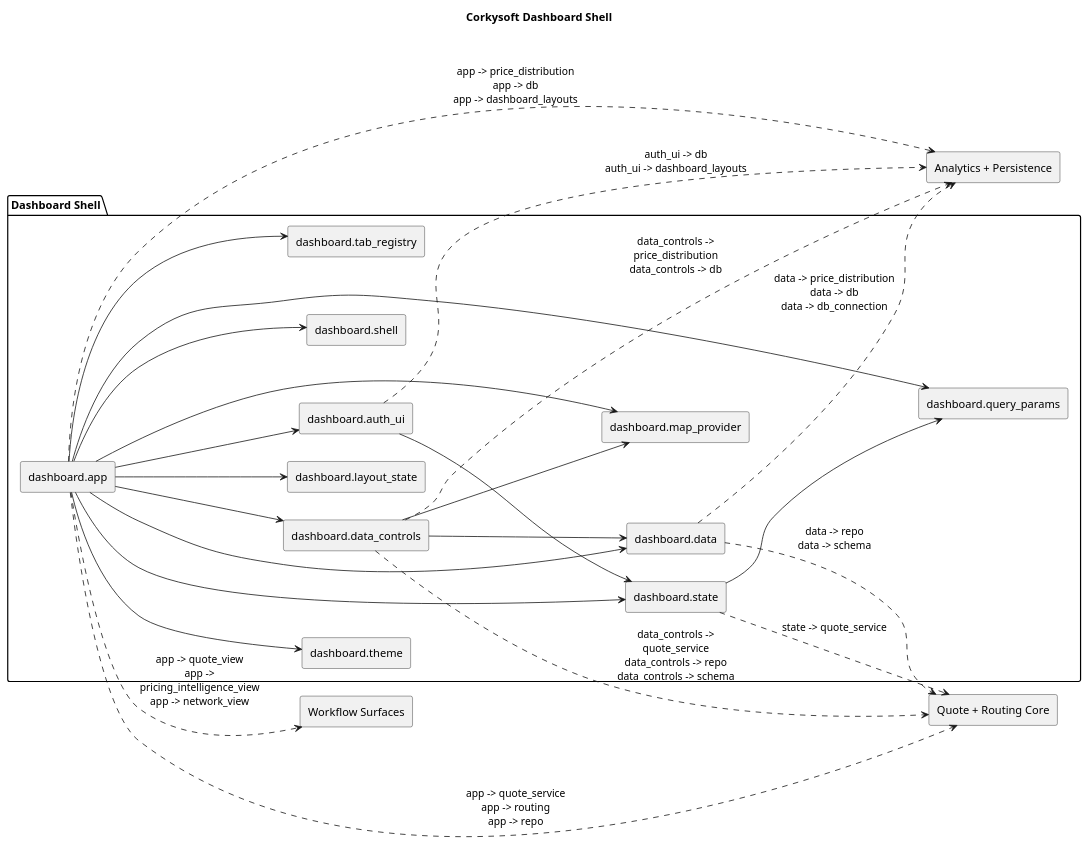
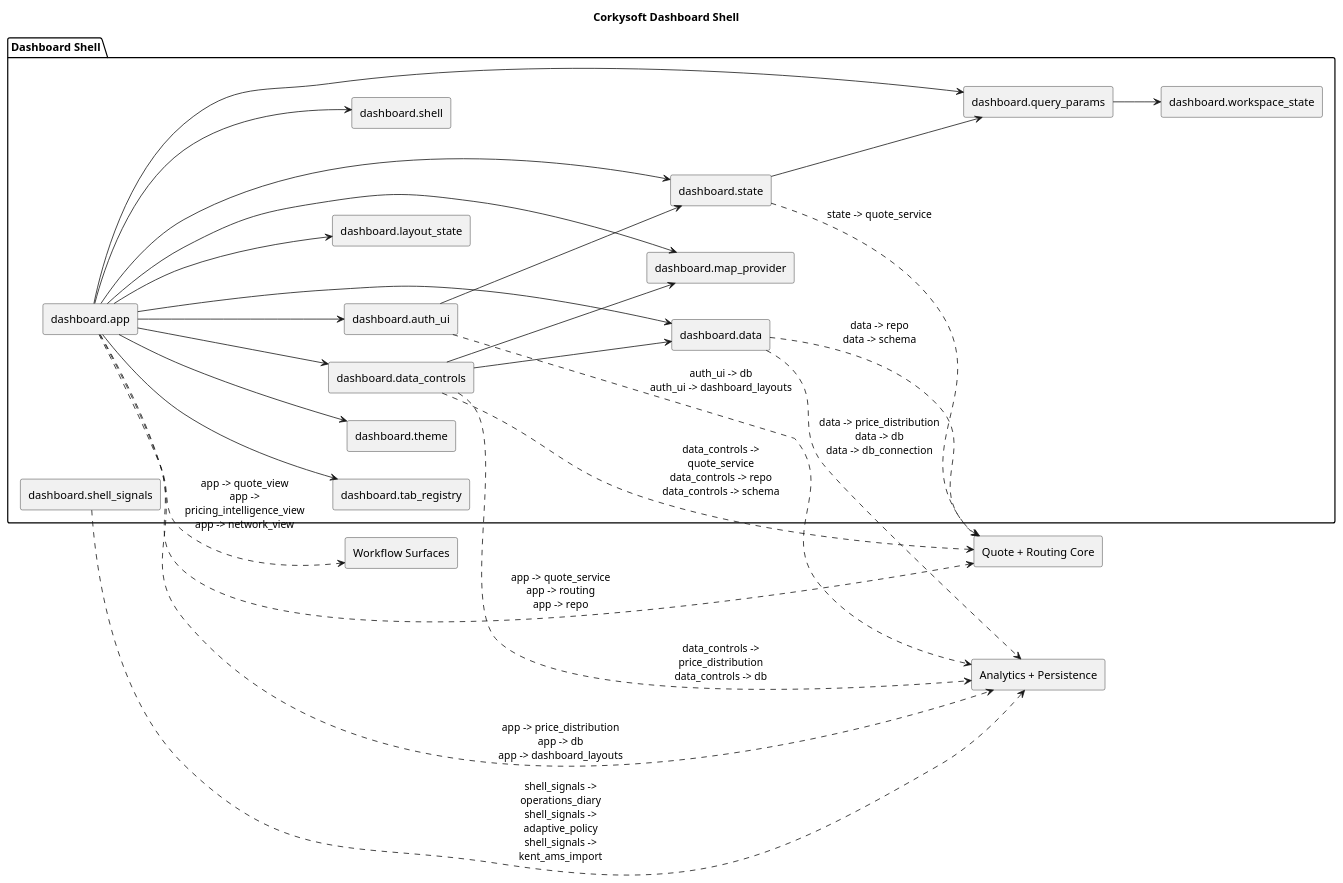
One commit to chboishabba/corkysoft changed the diagram in docs/rendered/plantuml/dashboard_shell.puml. Above: the diagram before and after it, drawn with PlantUML. The commit also changed 38 other files, not shown here.

```diff
--- a/docs/rendered/plantuml/dashboard_shell.puml
+++ b/docs/rendered/plantuml/dashboard_shell.puml
@@ -1,47 +1,51 @@
 @startuml
 title Corkysoft Dashboard Shell
 left to right direction
 skinparam componentStyle rectangle
 skinparam shadowing false
 skinparam wrapWidth 220
 skinparam maxMessageSize 180
 package "Dashboard Shell" {
   [dashboard.app] as dashboard_app
   [dashboard.auth_ui] as dashboard_auth_ui
   [dashboard.data] as dashboard_data
   [dashboard.data_controls] as dashboard_data_controls
   [dashboard.layout_state] as dashboard_layout_state
   [dashboard.map_provider] as dashboard_map_provider
   [dashboard.query_params] as dashboard_query_params
   [dashboard.shell] as dashboard_shell
+  [dashboard.shell_signals] as dashboard_shell_signals
   [dashboard.state] as dashboard_state
   [dashboard.tab_registry] as dashboard_tab_registry
   [dashboard.theme] as dashboard_theme
+  [dashboard.workspace_state] as dashboard_workspace_state
 }
 dashboard_app --> dashboard_auth_ui
 dashboard_app --> dashboard_data
 dashboard_app --> dashboard_data_controls
 dashboard_app --> dashboard_layout_state
 dashboard_app --> dashboard_map_provider
 dashboard_app --> dashboard_query_params
 dashboard_app --> dashboard_shell
 dashboard_app --> dashboard_state
 dashboard_app --> dashboard_tab_registry
 dashboard_app --> dashboard_theme
 dashboard_auth_ui --> dashboard_state
 dashboard_data_controls --> dashboard_data
 dashboard_data_controls --> dashboard_map_provider
+dashboard_query_params --> dashboard_workspace_state
 dashboard_state --> dashboard_query_params
 [Analytics + Persistence] as external_analytics_persistence
 dashboard_app ..> external_analytics_persistence : app -> price_distribution\napp -> db\napp -> dashboard_layouts
 dashboard_auth_ui ..> external_analytics_persistence : auth_ui -> db\nauth_ui -> dashboard_layouts
 dashboard_data_controls ..> external_analytics_persistence : data_controls -> price_distribution\ndata_controls -> db
 dashboard_data ..> external_analytics_persistence : data -> price_distribution\ndata -> db\ndata -> db_connection
+dashboard_shell_signals ..> external_analytics_persistence : shell_signals -> operations_diary\nshell_signals -> adaptive_policy\nshell_signals -> kent_ams_import
 [Quote + Routing Core] as external_quote_routing_core
 dashboard_app ..> external_quote_routing_core : app -> quote_service\napp -> routing\napp -> repo
 dashboard_data_controls ..> external_quote_routing_core : data_controls -> quote_service\ndata_controls -> repo\ndata_controls -> schema
 dashboard_data ..> external_quote_routing_core : data -> repo\ndata -> schema
 dashboard_state ..> external_quote_routing_core : state -> quote_service
 [Workflow Surfaces] as external_workflow_surfaces
 dashboard_app ..> external_workflow_surfaces : app -> quote_view\napp -> pricing_intelligence_view\napp -> network_view
 @enduml
```
